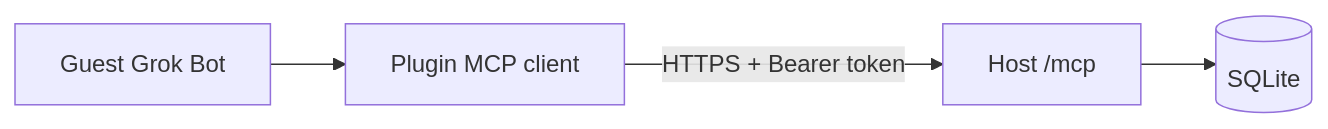
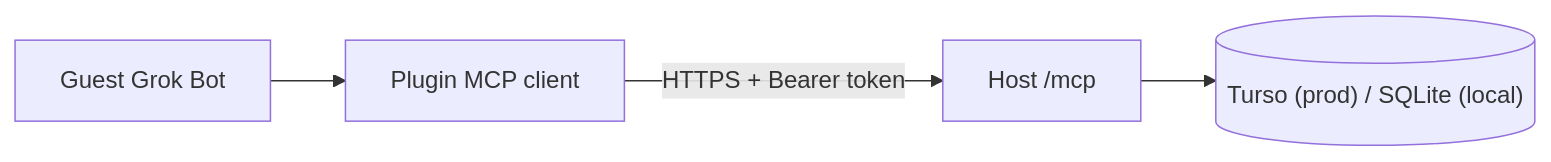
The diagram in README.md (mrlynn/grok-bot-plugin-example), drawn with Mermaid before and after one commit. The commit also changed other lines of this file and 3 other files, not shown here.

````diff
--- a/README.md
+++ b/README.md
@@ -21,6 +22,6 @@
 ```mermaid
 flowchart LR
   GB["Guest Grok Bot"] --> Plugin["Plugin MCP client"]
   Plugin -->|"HTTPS + Bearer token"| MCP["Host /mcp"]
-  MCP --> DB[(SQLite)]
+  MCP --> DB[("Turso (prod) / SQLite (local)")]
 ```
````
